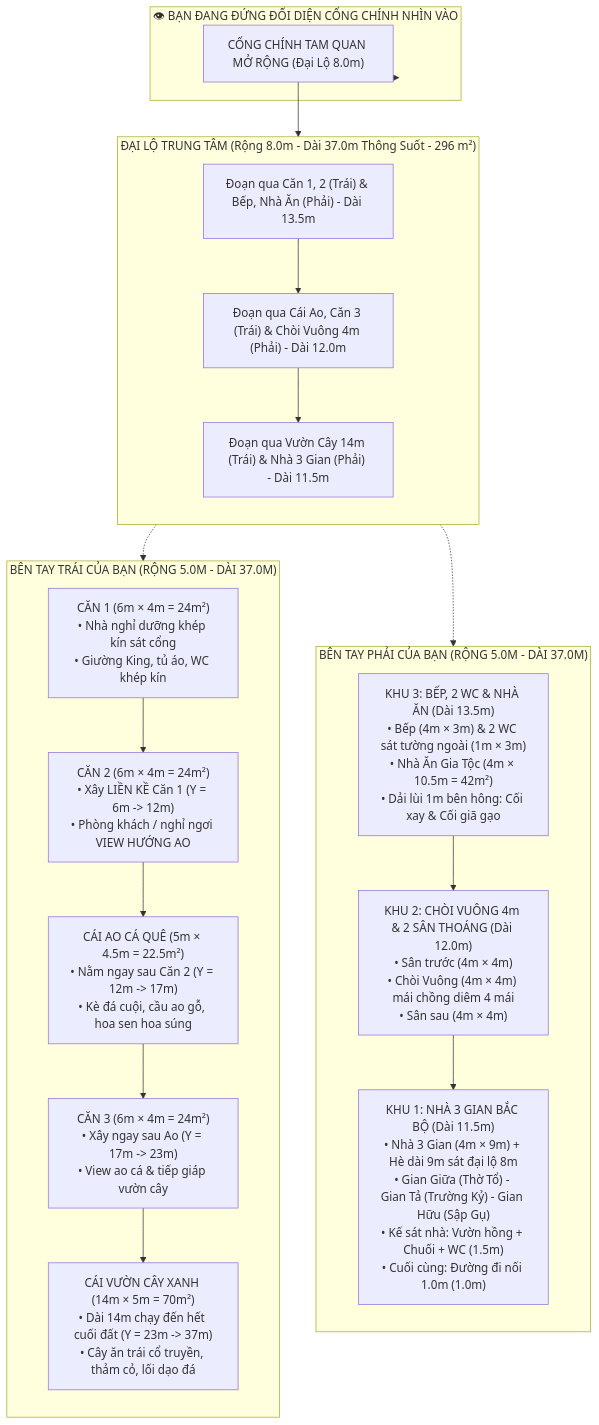
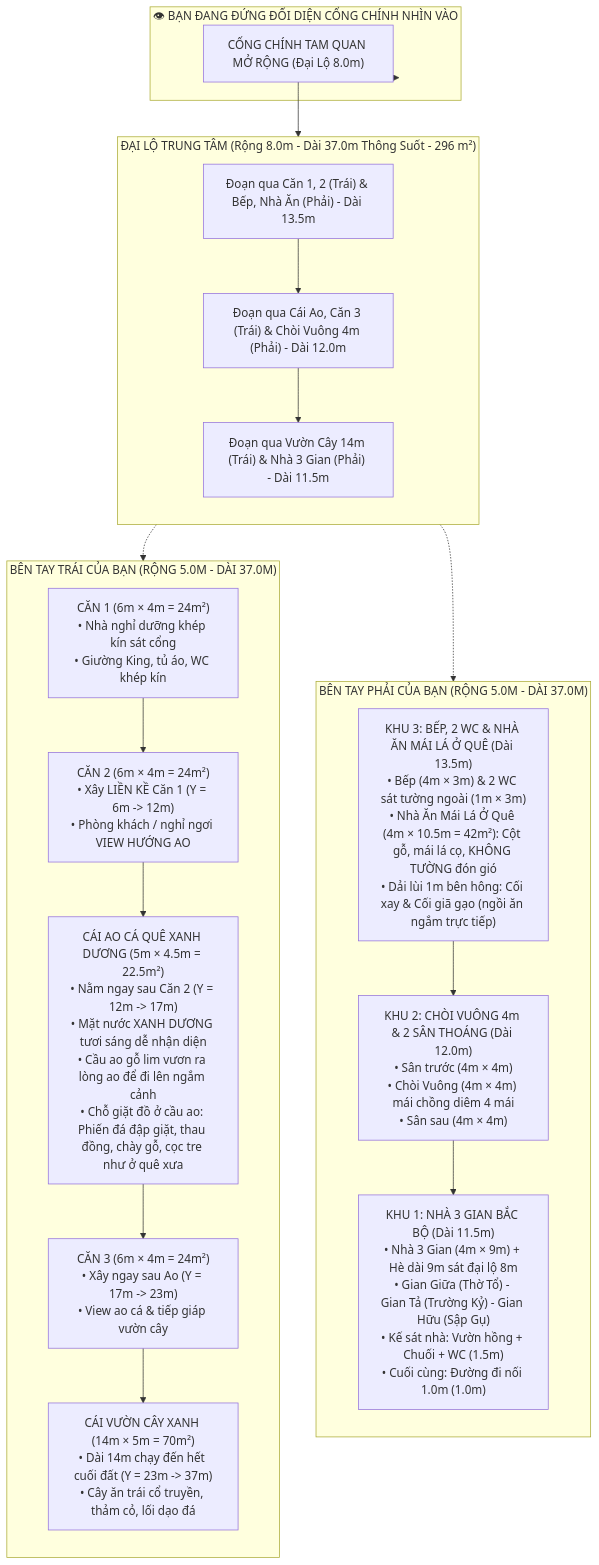
One commit to Saikase/khu-nha-dong-ho changed the diagram in ban_thiet_ke_khu_nha_dong_ho.md. Above: the diagram before and after it, drawn with Mermaid. The commit also changed 19 other files, not shown here.

````diff
--- a/ban_thiet_ke_khu_nha_dong_ho.md
+++ b/ban_thiet_ke_khu_nha_dong_ho.md
@@ -22,65 +22,67 @@
 ```mermaid
 flowchart TD
     subgraph OBSERVE["👁 BẠN ĐANG ĐỨNG ĐỐI DIỆN CỔNG CHÍNH NHÌN VÀO"]
         GATE["CỔNG CHÍNH TAM QUAN MỞ RỘNG (Đại Lộ 8.0m)"]
     end
 
     subgraph DUONG_CHINH["ĐẠI LỘ TRUNG TÂM (Rộng 8.0m - Dài 37.0m Thông Suốt - 296 m²)"]
         direction TB
         ROAD_P1["Đoạn qua Căn 1, 2 (Trái) & Bếp, Nhà Ăn (Phải) - Dài 13.5m"]
         ROAD_P2["Đoạn qua Cái Ao, Căn 3 (Trái) & Chòi Vuông 4m (Phải) - Dài 12.0m"]
         ROAD_P3["Đoạn qua Vườn Cây 14m (Trái) & Nhà 3 Gian (Phải) - Dài 11.5m"]
         ROAD_P1 --> ROAD_P2 --> ROAD_P3
     end
 
     subgraph TAY_TRAI["BÊN TAY TRÁI CỦA BẠN (RỘNG 5.0M - DÀI 37.0M)"]
         direction TB
         C1["CĂN 1 (6m × 4m = 24m²)
 • Nhà nghỉ dưỡng khép kín sát cổng
 • Giường King, tủ áo, WC khép kín"]
 
         C2["CĂN 2 (6m × 4m = 24m²)
 • Xây LIỀN KỀ Căn 1 (Y = 6m -> 12m)
 • Phòng khách / nghỉ ngơi VIEW HƯỚNG AO"]
 
-        AO["CÁI AO CÁ QUÊ (5m × 4.5m = 22.5m²)
+        AO["CÁI AO CÁ QUÊ XANH DƯƠNG (5m × 4.5m = 22.5m²)
 • Nằm ngay sau Căn 2 (Y = 12m -> 17m)
-• Kè đá cuội, cầu ao gỗ, hoa sen hoa súng"]
+• Mặt nước XANH DƯƠNG tươi sáng dễ nhận diện
+• Cầu ao gỗ lim vươn ra lòng ao để đi lên ngắm cảnh
+• Chỗ giặt đồ ở cầu ao: Phiến đá đập giặt, thau đồng, chày gỗ, cọc tre như ở quê xưa"]
 
         C3["CĂN 3 (6m × 4m = 24m²)
 • Xây ngay sau Ao (Y = 17m -> 23m)
 • View ao cá & tiếp giáp vườn cây"]
 
         VUON["CÁI VƯỜN CÂY XANH (14m × 5m = 70m²)
 • Dài 14m chạy đến hết cuối đất (Y = 23m -> 37m)
 • Cây ăn trái cổ truyền, thảm cỏ, lối dạo đá"]
 
         C1 --> C2 --> AO --> C3 --> VUON
     end
 
     subgraph TAY_PHAI["BÊN TAY PHẢI CỦA BẠN (RỘNG 5.0M - DÀI 37.0M)"]
         direction TB
-        K3["KHU 3: BẾP, 2 WC & NHÀ ĂN (Dài 13.5m)
+        K3["KHU 3: BẾP, 2 WC & NHÀ ĂN MÁI LÁ Ở QUÊ (Dài 13.5m)
 • Bếp (4m × 3m) & 2 WC sát tường ngoài (1m × 3m)
-• Nhà Ăn Gia Tộc (4m × 10.5m = 42m²)
-• Dải lùi 1m bên hông: Cối xay & Cối giã gạo"]
+• Nhà Ăn Mái Lá Ở Quê (4m × 10.5m = 42m²): Cột gỗ, mái lá cọ, KHÔNG TƯỜNG đón gió
+• Dải lùi 1m bên hông: Cối xay & Cối giã gạo (ngồi ăn ngắm trực tiếp)"]
 
         K2["KHU 2: CHÒI VUÔNG 4m & 2 SÂN THOÁNG (Dài 12.0m)
 • Sân trước (4m × 4m)
 • Chòi Vuông (4m × 4m) mái chồng diêm 4 mái
 • Sân sau (4m × 4m)"]
 
         K1["KHU 1: NHÀ 3 GIAN BẮC BỘ (Dài 11.5m)
 • Nhà 3 Gian (4m × 9m) + Hè dài 9m sát đại lộ 8m
 • Gian Giữa (Thờ Tổ) - Gian Tả (Trường Kỷ) - Gian Hữu (Sập Gụ)
 • Kế sát nhà: Vườn hồng + Chuối + WC (1.5m)
 • Cuối cùng: Đường đi nối 1.0m (1.0m)"]
 
         K3 --> K2 --> K1
     end
 
     OBSERVE --> GATE
     GATE --> DUONG_CHINH
     DUONG_CHINH -.-> TAY_TRAI
     DUONG_CHINH -.-> TAY_PHAI
 ```
````
